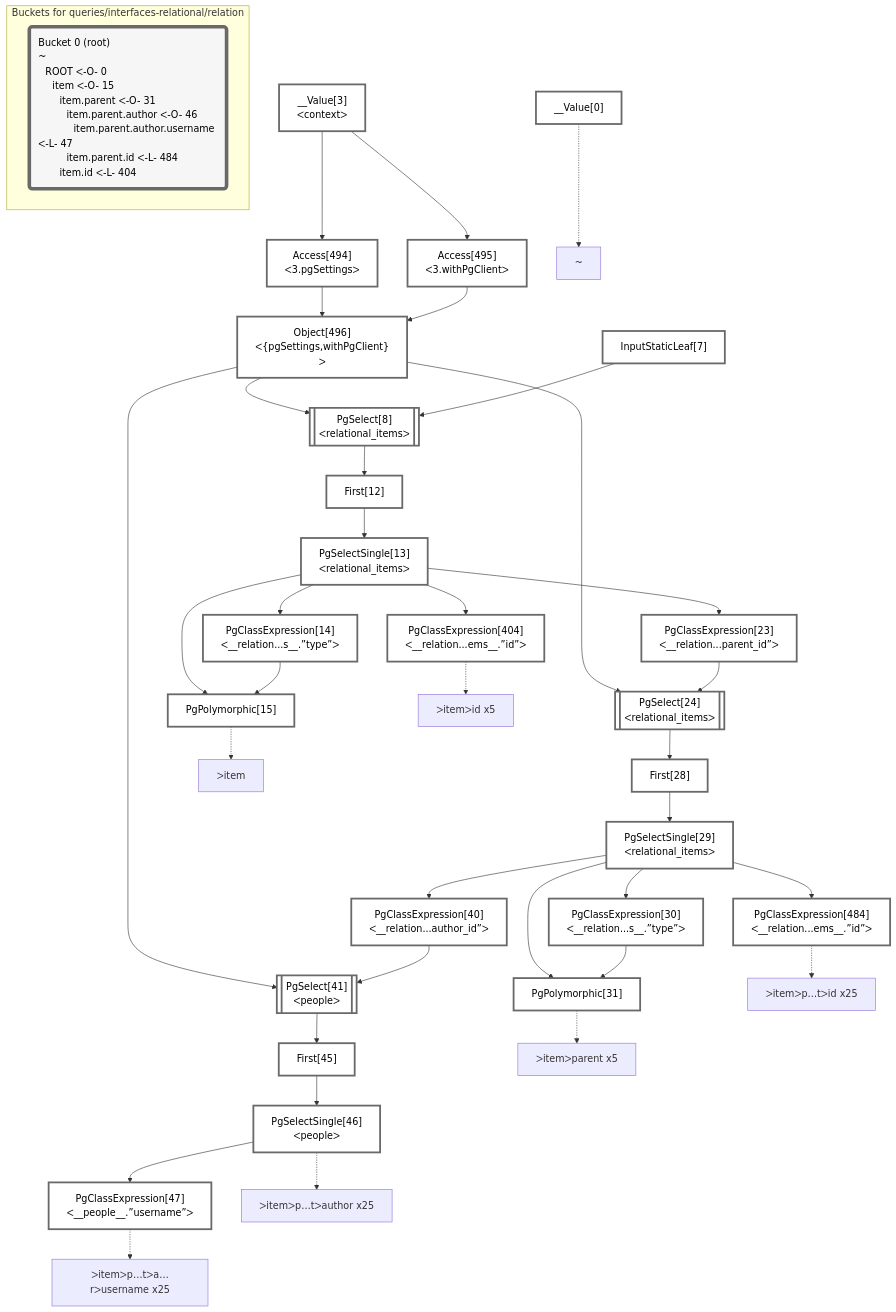
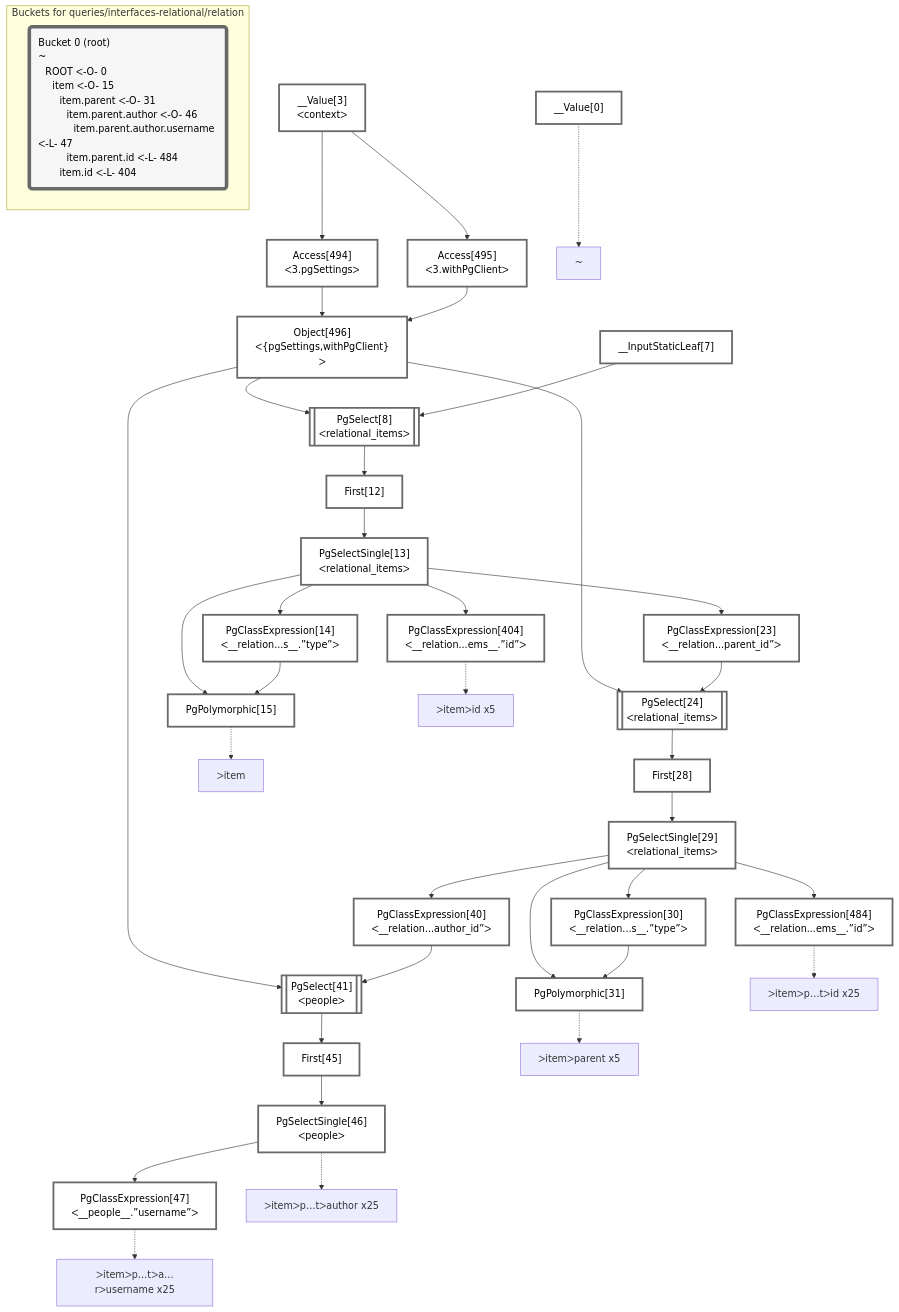
One commit to graphile/crystal changed the diagram in packages/dataplan-pg/__tests__/queries/interfaces-relational/relation.deopt.mermaid.md. Above: the diagram before and after it, drawn with Mermaid. The commit also changed 79 other files, not shown here.

````diff
--- a/packages/dataplan-pg/__tests__/queries/interfaces-relational/relation.deopt.mermaid.md
+++ b/packages/dataplan-pg/__tests__/queries/interfaces-relational/relation.deopt.mermaid.md
@@ -1,80 +1,80 @@
 ```mermaid
 graph TD
     classDef path fill:#eee,stroke:#000,color:#000
     classDef plan fill:#fff,stroke-width:3px,color:#000
     classDef itemplan fill:#fff,stroke-width:6px,color:#000
     classDef sideeffectplan fill:#f00,stroke-width:6px,color:#000
     classDef bucket fill:#f6f6f6,color:#000,stroke-width:6px,text-align:left
 
 
     %% define plans
     __Value0["__Value[0]"]:::plan
     PgPolymorphic15["PgPolymorphic[15]"]:::plan
     PgClassExpression14["PgClassExpression[14]<br />ᐸ__relation...s__.”type”ᐳ"]:::plan
     PgClassExpression404["PgClassExpression[404]<br />ᐸ__relation...ems__.”id”ᐳ"]:::plan
     PgPolymorphic31["PgPolymorphic[31]"]:::plan
     PgClassExpression30["PgClassExpression[30]<br />ᐸ__relation...s__.”type”ᐳ"]:::plan
     PgClassExpression484["PgClassExpression[484]<br />ᐸ__relation...ems__.”id”ᐳ"]:::plan
     PgClassExpression47["PgClassExpression[47]<br />ᐸ__people__.”username”ᐳ"]:::plan
     PgSelectSingle46["PgSelectSingle[46]<br />ᐸpeopleᐳ"]:::plan
     First45["First[45]"]:::plan
     PgSelect41[["PgSelect[41]<br />ᐸpeopleᐳ"]]:::plan
     PgClassExpression40["PgClassExpression[40]<br />ᐸ__relation...author_id”ᐳ"]:::plan
     PgSelectSingle29["PgSelectSingle[29]<br />ᐸrelational_itemsᐳ"]:::plan
     First28["First[28]"]:::plan
     PgSelect24[["PgSelect[24]<br />ᐸrelational_itemsᐳ"]]:::plan
     PgClassExpression23["PgClassExpression[23]<br />ᐸ__relation...parent_id”ᐳ"]:::plan
     PgSelectSingle13["PgSelectSingle[13]<br />ᐸrelational_itemsᐳ"]:::plan
     First12["First[12]"]:::plan
     PgSelect8[["PgSelect[8]<br />ᐸrelational_itemsᐳ"]]:::plan
     Object496["Object[496]<br />ᐸ{pgSettings,withPgClient}ᐳ"]:::plan
     Access494["Access[494]<br />ᐸ3.pgSettingsᐳ"]:::plan
     Access495["Access[495]<br />ᐸ3.withPgClientᐳ"]:::plan
     __Value3["__Value[3]<br />ᐸcontextᐳ"]:::plan
-    InputStaticLeaf7["InputStaticLeaf[7]"]:::plan
+    __InputStaticLeaf7["__InputStaticLeaf[7]"]:::plan
 
     %% plan dependencies
     PgSelectSingle13 & PgClassExpression14 --> PgPolymorphic15
     PgSelectSingle13 --> PgClassExpression14
     PgSelectSingle13 --> PgClassExpression404
     PgSelectSingle29 & PgClassExpression30 --> PgPolymorphic31
     PgSelectSingle29 --> PgClassExpression30
     PgSelectSingle29 --> PgClassExpression484
     PgSelectSingle46 --> PgClassExpression47
     First45 --> PgSelectSingle46
     PgSelect41 --> First45
     Object496 & PgClassExpression40 --> PgSelect41
     PgSelectSingle29 --> PgClassExpression40
     First28 --> PgSelectSingle29
     PgSelect24 --> First28
     Object496 & PgClassExpression23 --> PgSelect24
     PgSelectSingle13 --> PgClassExpression23
     First12 --> PgSelectSingle13
     PgSelect8 --> First12
-    Object496 & InputStaticLeaf7 --> PgSelect8
+    Object496 & __InputStaticLeaf7 --> PgSelect8
     Access494 & Access495 --> Object496
     __Value3 --> Access494
     __Value3 --> Access495
 
     %% plan-to-path relationships
     P0["~"]
     __Value0 -.-> P0
     P15["ᐳitem"]
     PgPolymorphic15 -.-> P15
     P31["ᐳitemᐳparent x5"]
     PgPolymorphic31 -.-> P31
     P46["ᐳitemᐳp…tᐳauthor x25"]
     PgSelectSingle46 -.-> P46
     P47["ᐳitemᐳp…tᐳa…rᐳusername x25"]
     PgClassExpression47 -.-> P47
     P404["ᐳitemᐳid x5"]
     PgClassExpression404 -.-> P404
     P484["ᐳitemᐳp…tᐳid x25"]
     PgClassExpression484 -.-> P484
 
     subgraph "Buckets for queries/interfaces-relational/relation"
     Bucket0("Bucket 0 (root)<br />~<br />⠀ROOT ᐸ-O- 0<br />⠀⠀item ᐸ-O- 15<br />⠀⠀⠀item.parent ᐸ-O- 31<br />⠀⠀⠀⠀item.parent.author ᐸ-O- 46<br />⠀⠀⠀⠀⠀item.parent.author.username ᐸ-L- 47<br />⠀⠀⠀⠀item.parent.id ᐸ-L- 484<br />⠀⠀⠀item.id ᐸ-L- 404"):::bucket
     classDef bucket0 stroke:#696969
-    class Bucket0,__Value0,__Value3,InputStaticLeaf7,PgSelect8,First12,PgSelectSingle13,PgClassExpression14,PgPolymorphic15,PgClassExpression23,PgSelect24,First28,PgSelectSingle29,PgClassExpression30,PgPolymorphic31,PgClassExpression40,PgSelect41,First45,PgSelectSingle46,PgClassExpression47,PgClassExpression404,PgClassExpression484,Access494,Access495,Object496 bucket0
+    class Bucket0,__Value0,__Value3,__InputStaticLeaf7,PgSelect8,First12,PgSelectSingle13,PgClassExpression14,PgPolymorphic15,PgClassExpression23,PgSelect24,First28,PgSelectSingle29,PgClassExpression30,PgPolymorphic31,PgClassExpression40,PgSelect41,First45,PgSelectSingle46,PgClassExpression47,PgClassExpression404,PgClassExpression484,Access494,Access495,Object496 bucket0
     end
 ```
````
